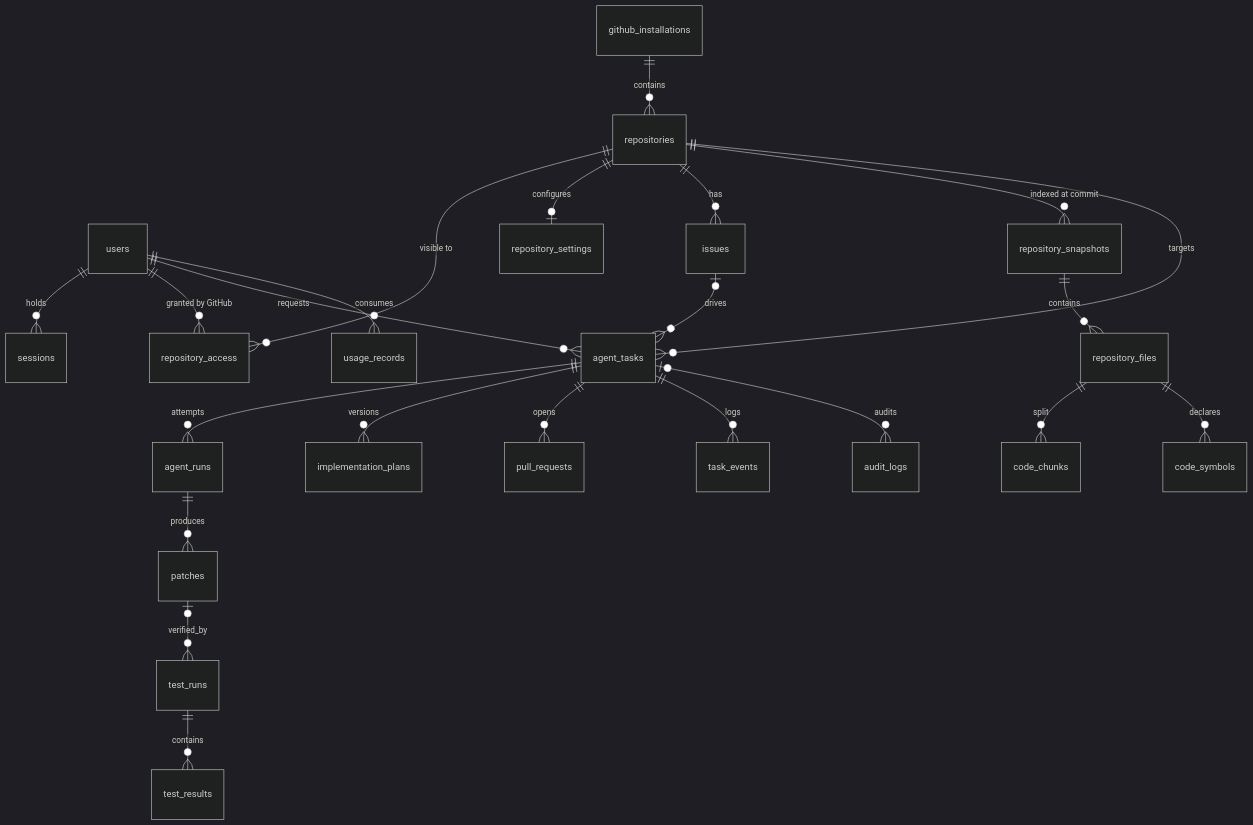
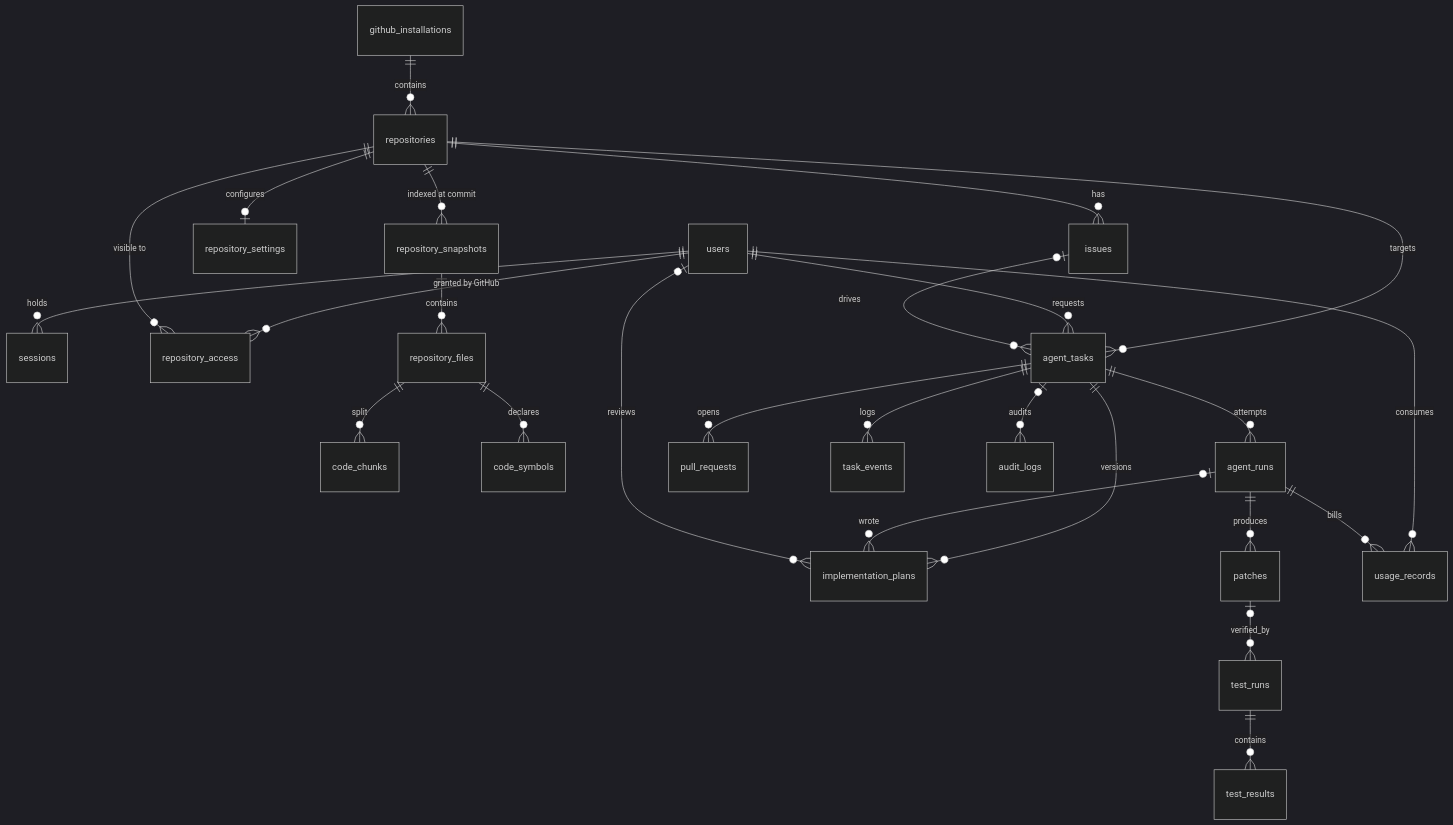
The diagram in docs/architecture/data-model.md (Abinet16/CodePilot-AI), drawn with Mermaid (dark theme) before and after one commit. The commit also changed other lines of this file and 2 other files, not shown here.

Commit message:
docs(architecture): describe planning, retries, timeouts, and cancellation

````diff
--- a/docs/architecture/data-model.md
+++ b/docs/architecture/data-model.md
@@ -5,25 +5,28 @@
 ```mermaid
 erDiagram
   users ||--o{ sessions : holds
   github_installations ||--o{ repositories : contains
   users ||--o{ repository_access : "granted by GitHub"
   repositories ||--o{ repository_access : "visible to"
   repositories ||--o| repository_settings : configures
   repositories ||--o{ issues : has
   repositories ||--o{ repository_snapshots : "indexed at commit"
   repository_snapshots ||--o{ repository_files : contains
   repository_files ||--o{ code_chunks : split
   repository_files ||--o{ code_symbols : declares
   repositories ||--o{ agent_tasks : targets
   users ||--o{ agent_tasks : requests
   issues |o--o{ agent_tasks : drives
   agent_tasks ||--o{ agent_runs : attempts
   agent_tasks ||--o{ implementation_plans : versions
   agent_runs ||--o{ patches : produces
   patches |o--o{ test_runs : verified_by
   test_runs ||--o{ test_results : contains
   agent_tasks ||--o{ pull_requests : opens
   agent_tasks ||--o{ task_events : logs
   agent_tasks |o--o{ audit_logs : audits
   users ||--o{ usage_records : consumes
+  agent_runs ||--o{ usage_records : bills
+  agent_runs |o--o{ implementation_plans : wrote
+  users |o--o{ implementation_plans : reviews
 ```
````
